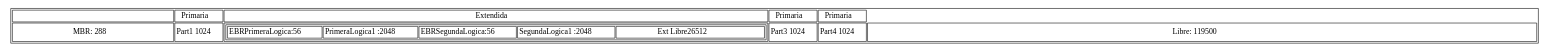
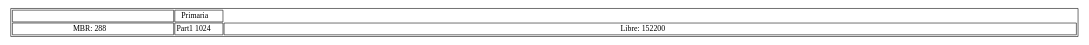
The diagram in reports/dots/disk.dot (elJuanjoRamos/-MIA-Proyecto1_201801262), drawn with Graphviz before and after one commit. The commit also changed 12 other files, not shown here.

```diff
--- a/reports/dots/disk.dot
+++ b/reports/dots/disk.dot
@@ -1,1 +1,1 @@
-digraph {tbl [ shape=plaintext label=<<table WIDTH="1536" ><tr><td></td><td>Primaria</td><td>Extendida</td><td>Primaria</td><td>Primaria</td></tr><tr><td WIDTH="288" >MBR: 288</td><td WIDTH="10" >Part1 1024</td><td WIDTH="307" ><table><tr><td WIDTH="56" > EBRPrimeraLogica:56</td ><td WIDTH="20"> PrimeraLogica1 :2048</td ><td WIDTH="56" > EBRSegundaLogica:56</td ><td WIDTH="20"> SegundaLogica1 :2048</td ><td WIDTH="265" > Ext Libre26512</td ></tr></table></td><td WIDTH="10" >Part3 1024</td><td WIDTH="10" >Part4 1024</td><td WIDTH="1195" >Libre: 119500 </td></tr></table>>];}
+digraph {tbl [ shape=plaintext label=<<table WIDTH="1536" ><tr><td></td><td>Primaria</td></tr><tr><td WIDTH="288" >MBR: 288</td><td WIDTH="10" >Part1 1024</td><td WIDTH="1522" >Libre: 152200 </td></tr></table>>];}
```
